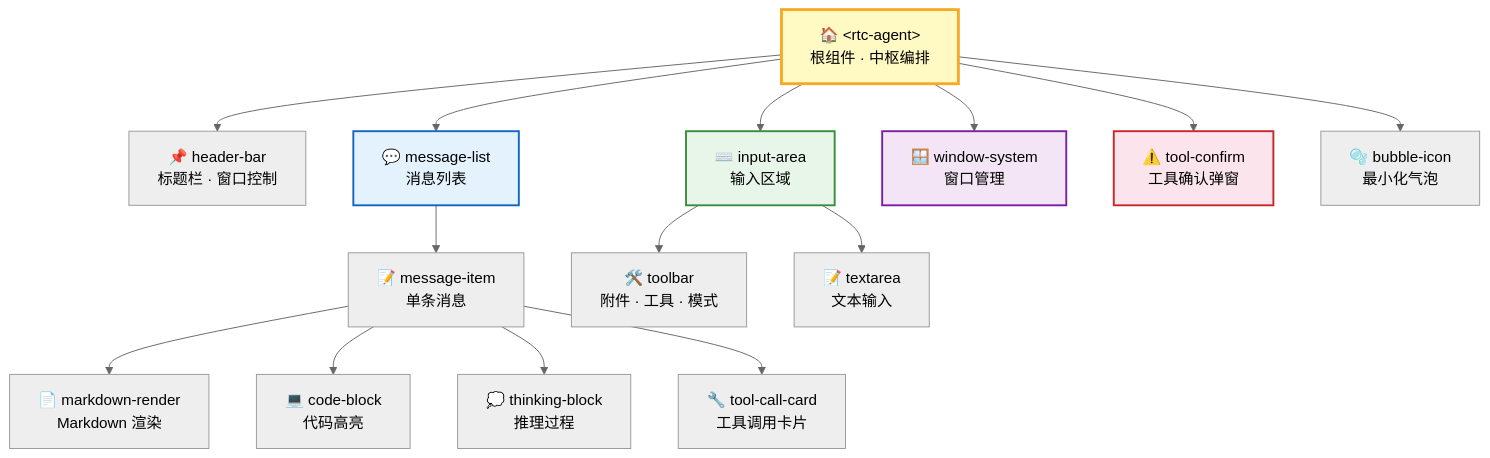
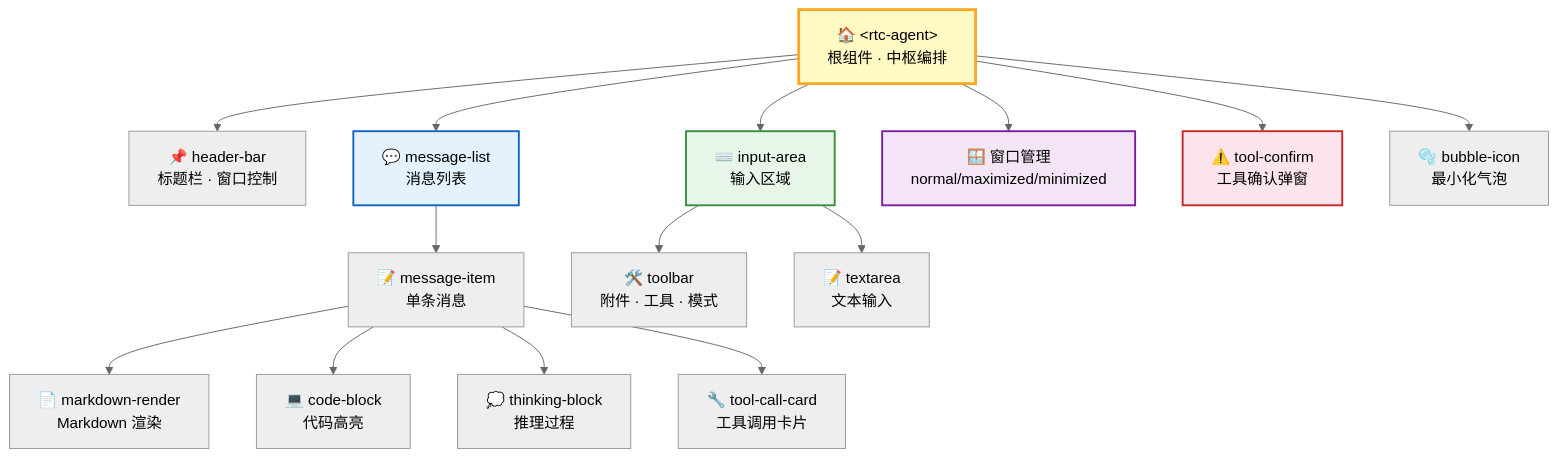
One commit to rtc-agent/docs changed the first of 9 diagrams in src/content/docs/architecture/frontend.md. Above: the diagram before and after it, drawn with Mermaid (neutral theme). The commit also changed other lines of this file and 60 other files, not shown here.

First line of the commit message:
docs(site): refresh documentation with new sections and improved diagrams

````diff
--- a/src/content/docs/architecture/frontend.md
+++ b/src/content/docs/architecture/frontend.md
@@ -10,27 +10,27 @@
 ```mermaid
 flowchart TD
     ROOT["🏠 &lt;rtc-agent&gt;<br/>根组件 · 中枢编排"]
 
     ROOT --> HEADER["📌 header-bar<br/>标题栏 · 窗口控制"]
     ROOT --> MSG["💬 message-list<br/>消息列表"]
     ROOT --> INPUT["⌨️ input-area<br/>输入区域"]
-    ROOT --> WIN["🪟 window-system<br/>窗口管理"]
+    ROOT --> WIN["🪟 窗口管理<br/>normal/maximized/minimized"]
 
     MSG --> MSGITEM["📝 message-item<br/>单条消息"]
     MSGITEM --> MD["📄 markdown-render<br/>Markdown 渲染"]
     MSGITEM --> CODE["💻 code-block<br/>代码高亮"]
     MSGITEM --> THINK["💭 thinking-block<br/>推理过程"]
     MSGITEM --> TOOL["🔧 tool-call-card<br/>工具调用卡片"]
 
     INPUT --> TOOLBAR["🛠️ toolbar<br/>附件 · 工具 · 模式"]
     INPUT --> TA["📝 textarea<br/>文本输入"]
 
     ROOT --> CONFIRM["⚠️ tool-confirm<br/>工具确认弹窗"]
     ROOT --> BUBBLE["🫧 bubble-icon<br/>最小化气泡"]
 
     style ROOT fill:#fff9c4,stroke:#f9a825,stroke-width:3px
     style MSG fill:#e3f2fd,stroke:#1565c0,stroke-width:2px
     style INPUT fill:#e8f5e9,stroke:#388e3c,stroke-width:2px
     style WIN fill:#f3e5f5,stroke:#7b1fa2,stroke-width:2px
     style CONFIRM fill:#fce4ec,stroke:#c62828,stroke-width:2px
 ```
````
